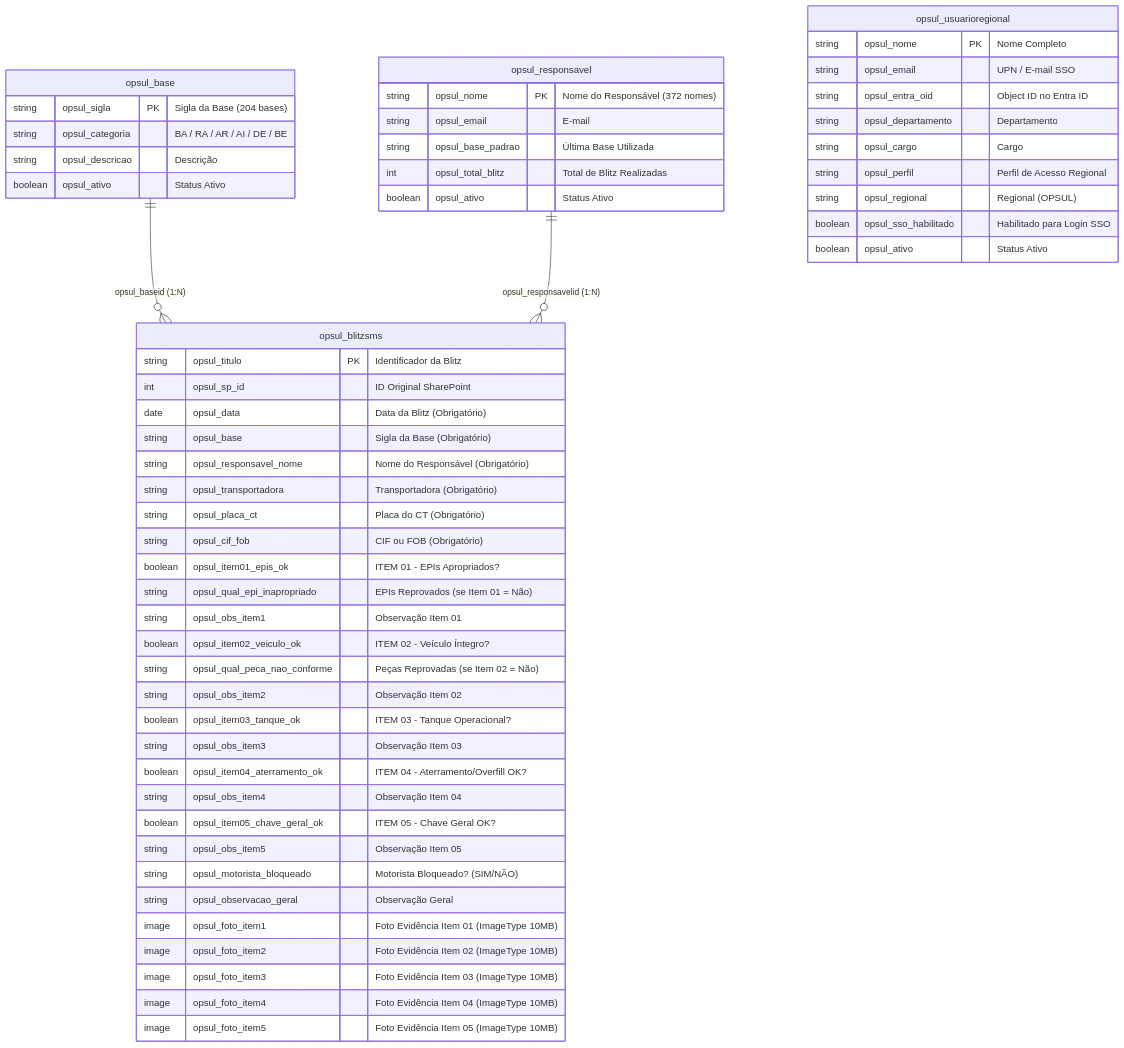
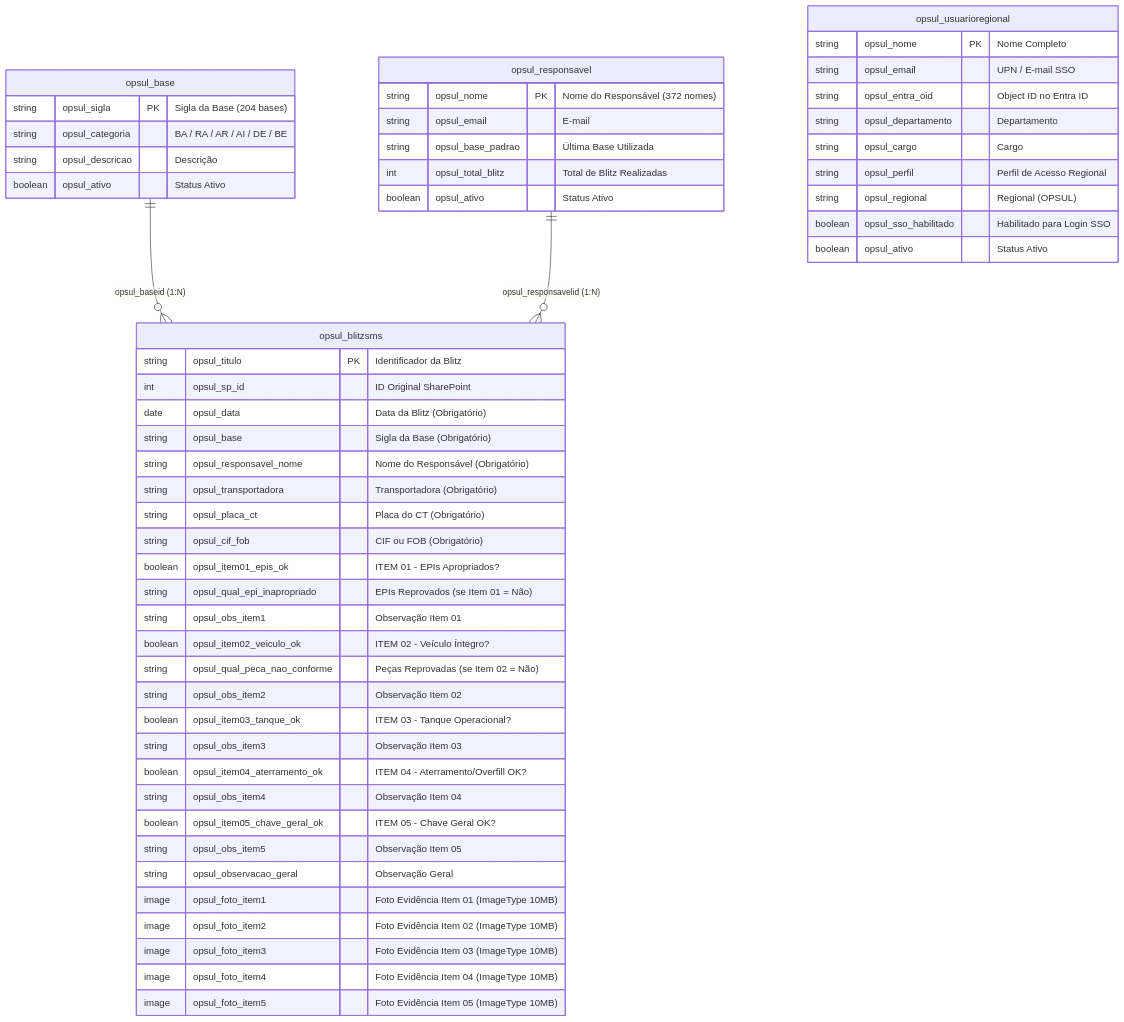
Before and after one commit to CRISTIANCARLOS/vibra-oper-opsul-blitz-sms: the diagram in docs/ARQUITETURA_E_MODELO_RELACIONAL.md, drawn with Mermaid. The commit also changed 11 other files, not shown here.

Commit message:
refactor(blitz-sms): remove opsul_motorista_bloqueado from Section 03, API flow and Dataverse schema (v1.2.0)

````diff
--- a/docs/ARQUITETURA_E_MODELO_RELACIONAL.md
+++ b/docs/ARQUITETURA_E_MODELO_RELACIONAL.md
@@ -13,58 +13,57 @@
 ```mermaid
 erDiagram
     opsul_base ||--o{ opsul_blitzsms : "opsul_baseid (1:N)"
     opsul_responsavel ||--o{ opsul_blitzsms : "opsul_responsavelid (1:N)"
     opsul_usuarioregional {
         string opsul_nome PK "Nome Completo"
         string opsul_email "UPN / E-mail SSO"
         string opsul_entra_oid "Object ID no Entra ID"
         string opsul_departamento "Departamento"
         string opsul_cargo "Cargo"
         string opsul_perfil "Perfil de Acesso Regional"
         string opsul_regional "Regional (OPSUL)"
         boolean opsul_sso_habilitado "Habilitado para Login SSO"
         boolean opsul_ativo "Status Ativo"
     }
     opsul_base {
         string opsul_sigla PK "Sigla da Base (204 bases)"
         string opsul_categoria "BA / RA / AR / AI / DE / BE"
         string opsul_descricao "Descrição"
         boolean opsul_ativo "Status Ativo"
     }
     opsul_responsavel {
         string opsul_nome PK "Nome do Responsável (372 nomes)"
         string opsul_email "E-mail"
         string opsul_base_padrao "Última Base Utilizada"
         int opsul_total_blitz "Total de Blitz Realizadas"
         boolean opsul_ativo "Status Ativo"
     }
     opsul_blitzsms {
         string opsul_titulo PK "Identificador da Blitz"
         int opsul_sp_id "ID Original SharePoint"
         date opsul_data "Data da Blitz (Obrigatório)"
         string opsul_base "Sigla da Base (Obrigatório)"
         string opsul_responsavel_nome "Nome do Responsável (Obrigatório)"
         string opsul_transportadora "Transportadora (Obrigatório)"
         string opsul_placa_ct "Placa do CT (Obrigatório)"
         string opsul_cif_fob "CIF ou FOB (Obrigatório)"
         boolean opsul_item01_epis_ok "ITEM 01 - EPIs Apropriados?"
         string opsul_qual_epi_inapropriado "EPIs Reprovados (se Item 01 = Não)"
         string opsul_obs_item1 "Observação Item 01"
         boolean opsul_item02_veiculo_ok "ITEM 02 - Veículo Íntegro?"
         string opsul_qual_peca_nao_conforme "Peças Reprovadas (se Item 02 = Não)"
         string opsul_obs_item2 "Observação Item 02"
         boolean opsul_item03_tanque_ok "ITEM 03 - Tanque Operacional?"
         string opsul_obs_item3 "Observação Item 03"
         boolean opsul_item04_aterramento_ok "ITEM 04 - Aterramento/Overfill OK?"
         string opsul_obs_item4 "Observação Item 04"
         boolean opsul_item05_chave_geral_ok "ITEM 05 - Chave Geral OK?"
         string opsul_obs_item5 "Observação Item 05"
-        string opsul_motorista_bloqueado "Motorista Bloqueado? (SIM/NÃO)"
         string opsul_observacao_geral "Observação Geral"
         image opsul_foto_item1 "Foto Evidência Item 01 (ImageType 10MB)"
         image opsul_foto_item2 "Foto Evidência Item 02 (ImageType 10MB)"
         image opsul_foto_item3 "Foto Evidência Item 03 (ImageType 10MB)"
         image opsul_foto_item4 "Foto Evidência Item 04 (ImageType 10MB)"
         image opsul_foto_item5 "Foto Evidência Item 05 (ImageType 10MB)"
     }
 ```
````
